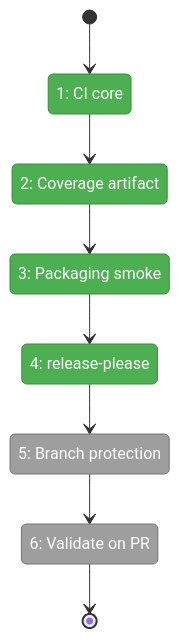
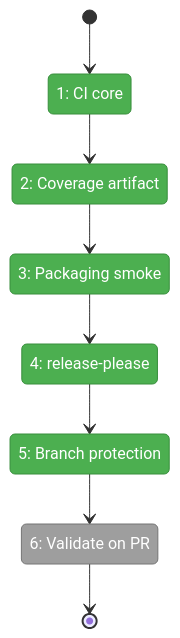
One commit to AI-Substrate/harness-engineering changed the first of 2 diagrams in docs/plans/004-harness-core/tasks/phase-3-ci-release-automation-branch-protection/tasks.fltplan.md. Above: the diagram before and after it, drawn with Mermaid. The commit also changed other lines of this file and 3 other files, not shown here.

````diff
--- a/docs/plans/004-harness-core/tasks/phase-3-ci-release-automation-branch-protection/tasks.fltplan.md
+++ b/docs/plans/004-harness-core/tasks/phase-3-ci-release-automation-branch-protection/tasks.fltplan.md
@@ -38,25 +38,25 @@
 ```mermaid
 stateDiagram-v2
     classDef pending fill:#9E9E9E,stroke:#757575,color:#fff
     classDef active fill:#FFC107,stroke:#FFA000,color:#000
     classDef done fill:#4CAF50,stroke:#388E3C,color:#fff
     classDef blocked fill:#F44336,stroke:#D32F2F,color:#fff
 
     state "1: CI core" as S1
     state "2: Coverage artifact" as S2
     state "3: Packaging smoke" as S3
     state "4: release-please" as S4
     state "5: Branch protection" as S5
     state "6: Validate on PR" as S6
 
     [*] --> S1
     S1 --> S2
     S2 --> S3
     S3 --> S4
     S4 --> S5
     S5 --> S6
     S6 --> [*]
 
-    class S1,S2,S3,S4 done
-    class S5,S6 pending
+    class S1,S2,S3,S4,S5 done
+    class S6 pending
 ```
````
